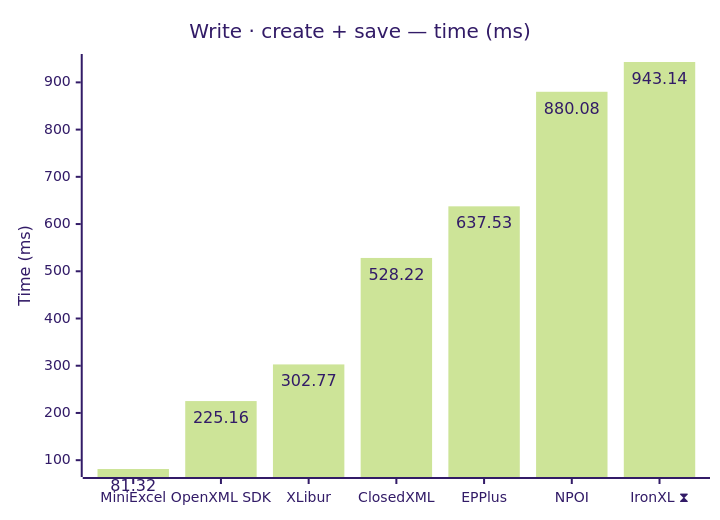
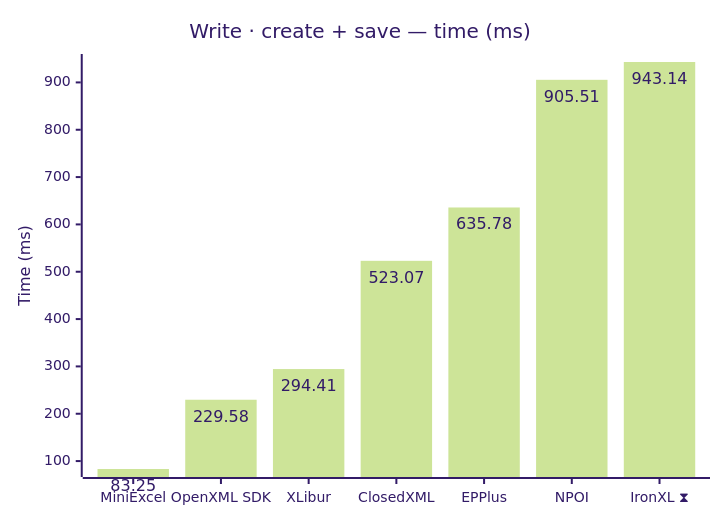
The fifth of 12 diagrams in docs/results-ci.md (jafin/XLBench), drawn with Mermaid (forest theme) before and after one commit. The commit also changed other lines of this file, not shown here.

````diff
--- a/docs/results-ci.md
+++ b/docs/results-ci.md
@@ -93,12 +93,12 @@
 ```mermaid
 ---
 config:
   xyChart:
     showDataLabel: true
 ---
 xychart-beta
     title "Write · create + save — time (ms)"
     x-axis ["MiniExcel", "OpenXML SDK", "XLibur", "ClosedXML", "EPPlus", "NPOI", "IronXL ⧗"]
     y-axis "Time (ms)"
-    bar [81.32, 225.16, 302.77, 528.22, 637.53, 880.08, 943.14]
+    bar [83.25, 229.58, 294.41, 523.07, 635.78, 905.51, 943.14]
 ```
````
